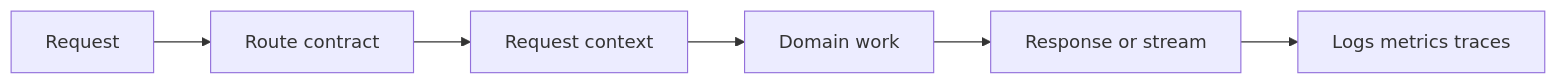
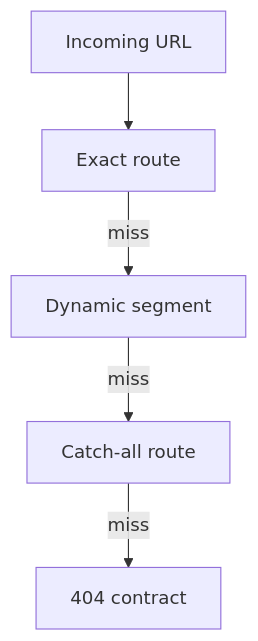
One commit to jeffersoncampos12p-dev/jeston changed the diagram in path/to/docs/core/routing.mdx. Above: the diagram before and after it, drawn with Mermaid. The commit also changed other lines of this file and 31 other files, not shown here.

````diff
--- a/path/to/docs/core/routing.mdx
+++ b/path/to/docs/core/routing.mdx
@@ -102,8 +51,7 @@
 ```mermaid placement="top-right"
-flowchart LR
-    request[Request] --> route[Route contract]
-    route --> context[Request context]
-    context --> work[Domain work]
-    work --> response[Response or stream]
-    response --> signal[Logs metrics traces]
+flowchart TD
+    request[Incoming URL] --> exact[Exact route]
+    exact -->|miss| dynamic[Dynamic segment]
+    dynamic -->|miss| catchall[Catch-all route]
+    catchall -->|miss| notfound[404 contract]
 ```
````
